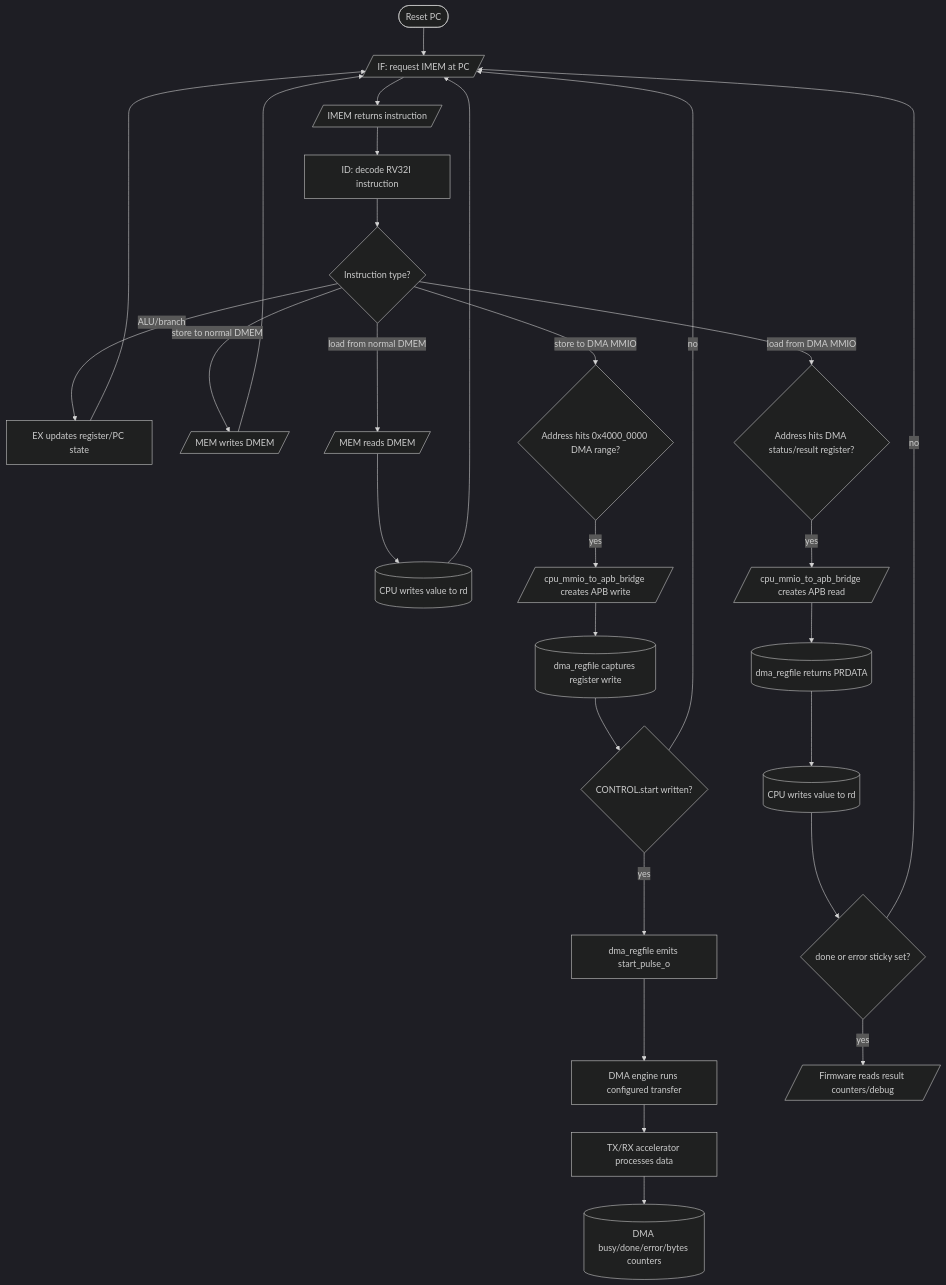
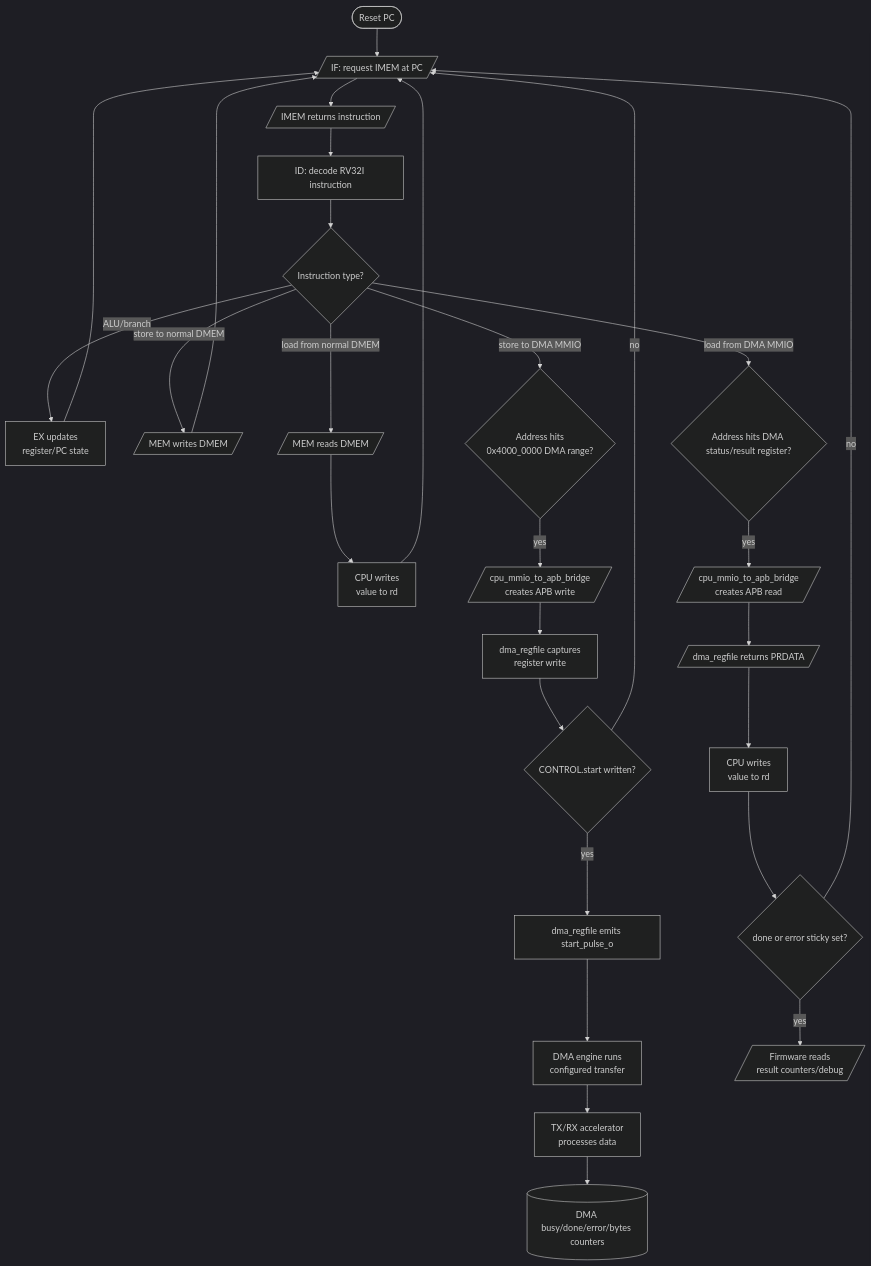
The seventh of 8 diagrams in docs/huffman_aes_riscv_flowchart_spec.md (ngoquocan139/AES_huffman_all6), drawn with Mermaid (dark theme) before and after one commit. The commit also changed other lines of this file and 17 other files, not shown here.

````diff
--- a/docs/huffman_aes_riscv_flowchart_spec.md
+++ b/docs/huffman_aes_riscv_flowchart_spec.md
@@ -272,36 +354,36 @@
 ```mermaid
 flowchart TD
     A(["Reset PC"]) --> B[/"IF: request IMEM at PC"/]
     B --> C[/"IMEM returns instruction"/]
     C --> D["ID: decode RV32I instruction"]
     D --> E{"Instruction type?"}
 
-    E -->|"ALU/branch"| F["EX updates register/PC state"]
+    E -->|"ALU/branch"| F["EX updates<br/>register/PC state"]
     F --> B
 
     E -->|"store to normal DMEM"| G[/"MEM writes DMEM"/]
     G --> B
 
     E -->|"load from normal DMEM"| H[/"MEM reads DMEM"/]
-    H --> I[("CPU writes value to rd")]
+    H --> I["CPU writes<br/>value to rd"]
     I --> B
 
-    E -->|"store to DMA MMIO"| J{"Address hits 0x4000_0000 DMA range?"}
-    J -->|"yes"| K[/"cpu_mmio_to_apb_bridge creates APB write"/]
-    K --> L[("dma_regfile captures register write")]
+    E -->|"store to DMA MMIO"| J{"Address hits<br/>0x4000_0000 DMA range?"}
+    J -->|"yes"| K[/"cpu_mmio_to_apb_bridge<br/>creates APB write"/]
+    K --> L["dma_regfile captures<br/>register write"]
     L --> M{"CONTROL.start written?"}
     M -->|"no"| B
     M -->|"yes"| N["dma_regfile emits start_pulse_o"]
 
-    N --> O["DMA engine runs configured transfer"]
-    O --> P["TX/RX accelerator processes data"]
+    N --> O["DMA engine runs<br/>configured transfer"]
+    O --> P["TX/RX accelerator<br/>processes data"]
     P --> Q[("DMA busy/done/error/bytes counters")]
 
     E -->|"load from DMA MMIO"| R{"Address hits DMA status/result register?"}
-    R -->|"yes"| S[/"cpu_mmio_to_apb_bridge creates APB read"/]
-    S --> T[("dma_regfile returns PRDATA")]
-    T --> U[("CPU writes value to rd")]
+    R -->|"yes"| S[/"cpu_mmio_to_apb_bridge<br/>creates APB read"/]
+    S --> T[/"dma_regfile returns PRDATA"/]
+    T --> U["CPU writes<br/>value to rd"]
     U --> V{"done or error sticky set?"}
     V -->|"no"| B
-    V -->|"yes"| W[/"Firmware reads result counters/debug"/]
+    V -->|"yes"| W[/"Firmware reads<br/>result counters/debug"/]
 ```
````
